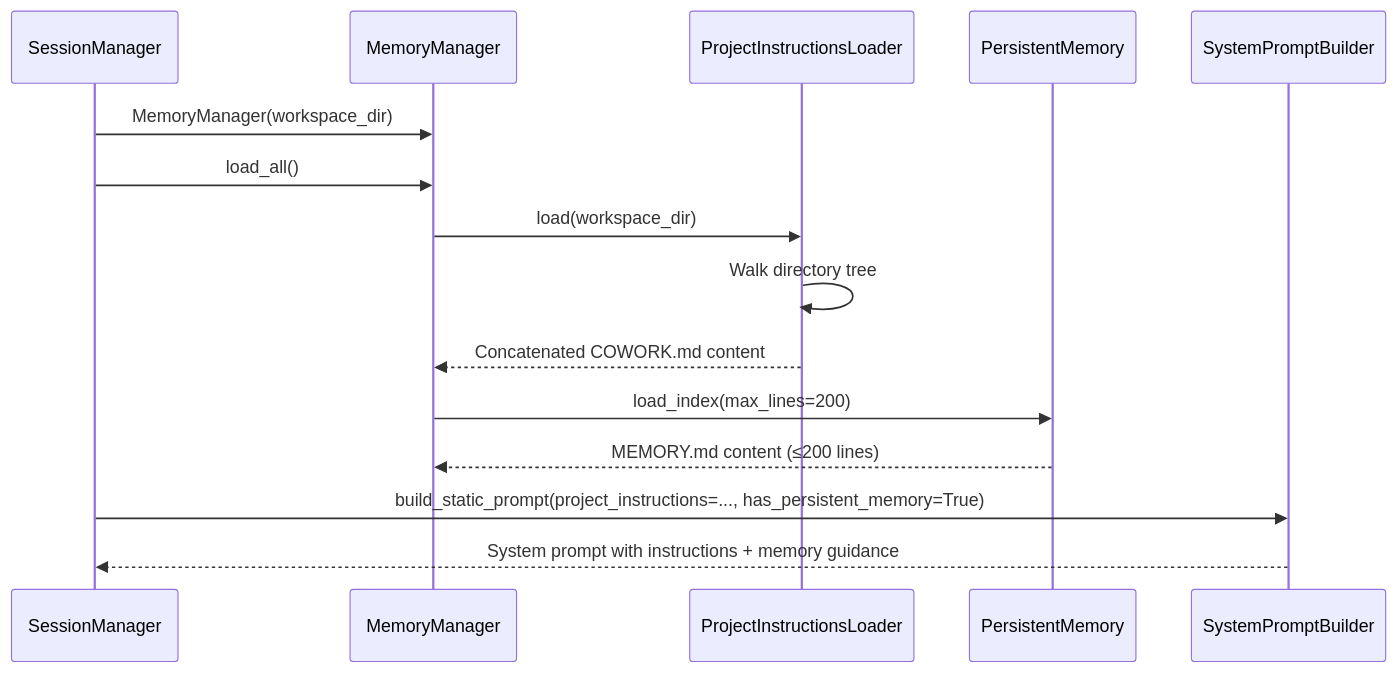
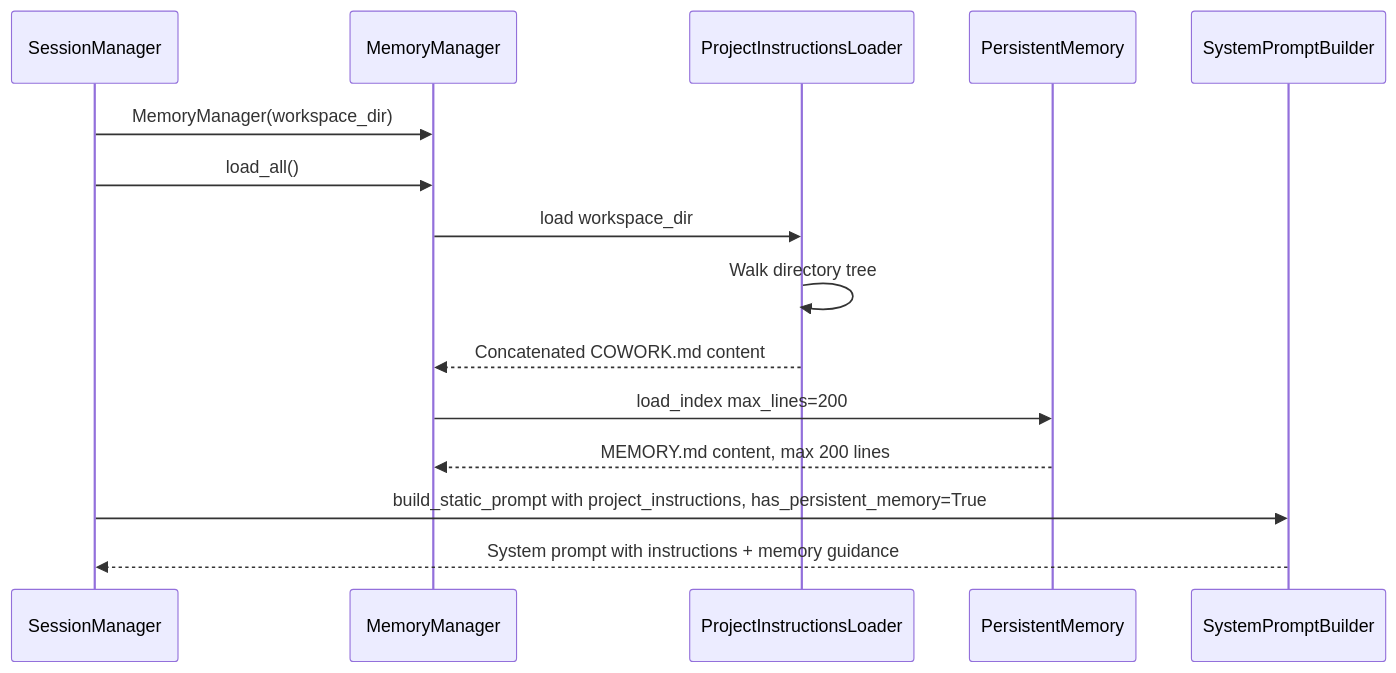
One commit to suman724/cowork-agent-runtime changed diagram 23 of 24 in docs/agent-loop-architecture.md. Above: the diagram before and after it, drawn with Mermaid. The commit also changed other lines of this file and 112 other files, not shown here.

````diff
--- a/docs/agent-loop-architecture.md
+++ b/docs/agent-loop-architecture.md
@@ -1634,18 +1641,18 @@
 ```mermaid
 sequenceDiagram
     participant SM as SessionManager
     participant MM as MemoryManager
     participant PIL as ProjectInstructionsLoader
     participant PM as PersistentMemory
     participant SPB as SystemPromptBuilder
 
     SM->>MM: MemoryManager(workspace_dir)
     SM->>MM: load_all()
-    MM->>PIL: load(workspace_dir)
+    MM->>PIL: load workspace_dir
     PIL->>PIL: Walk directory tree
     PIL-->>MM: Concatenated COWORK.md content
-    MM->>PM: load_index(max_lines=200)
-    PM-->>MM: MEMORY.md content (≤200 lines)
-    SM->>SPB: build_static_prompt(project_instructions=..., has_persistent_memory=True)
+    MM->>PM: load_index max_lines=200
+    PM-->>MM: MEMORY.md content, max 200 lines
+    SM->>SPB: build_static_prompt with project_instructions, has_persistent_memory=True
     SPB-->>SM: System prompt with instructions + memory guidance
 ```
````
